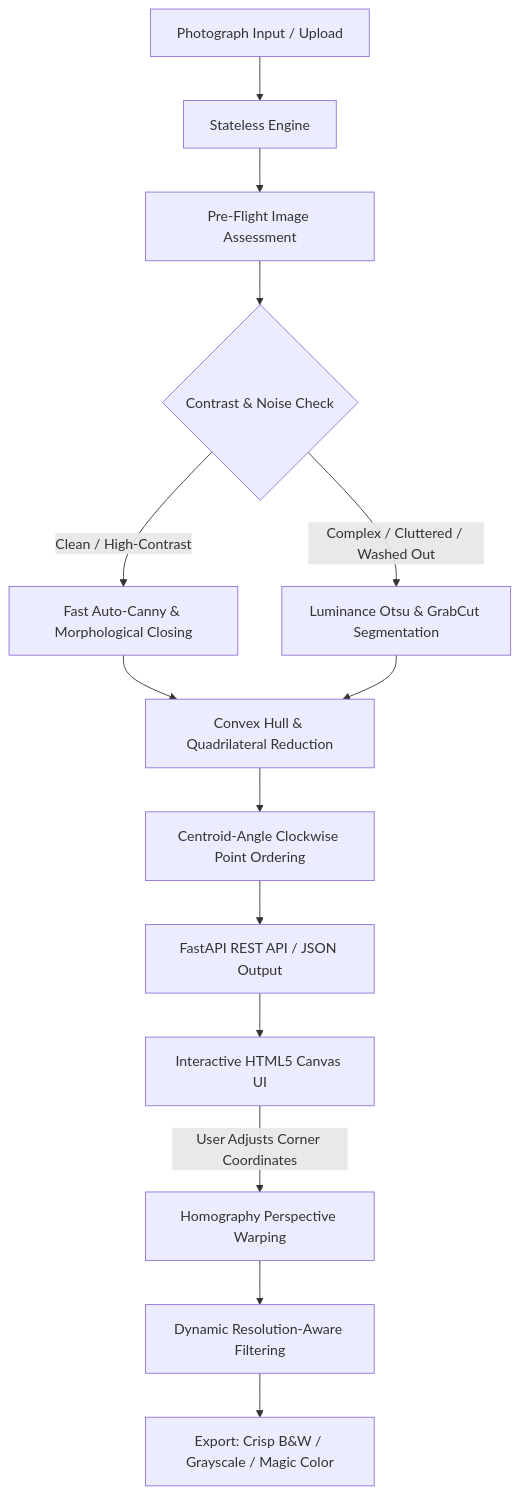
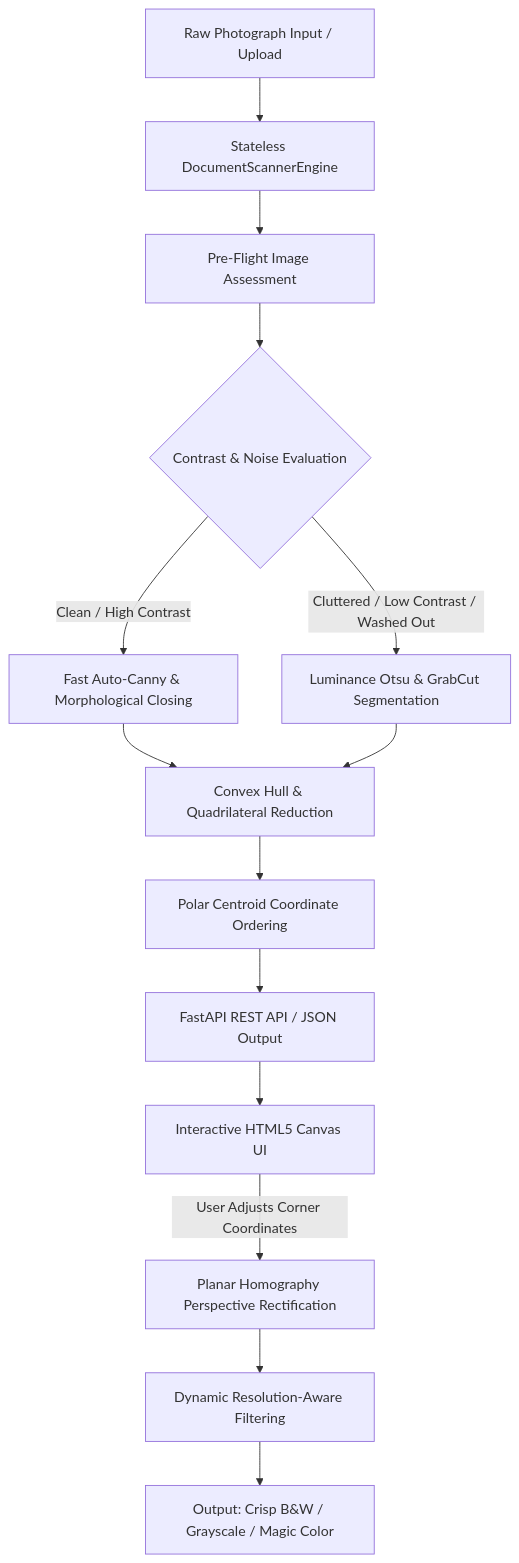
One commit to hamza-jpg/Smart-document-scanner changed the diagram in README.md. Above: the diagram before and after it, drawn with Mermaid. The commit also changed other lines of this file and 2 other files, not shown here.

Commit message:
docs: update author email, remove frontend emojis, and document Gen AI refactoring in README

````diff
--- a/README.md
+++ b/README.md
@@ -16,16 +37,16 @@
 ```mermaid
 graph TD
-    A[Photograph Input / Upload] --> B[Stateless Engine]
+    A[Raw Photograph Input / Upload] --> B[Stateless DocumentScannerEngine]
     B --> C[Pre-Flight Image Assessment]
-    C --> D{Contrast & Noise Check}
-    D -->|Clean / High-Contrast| E[Fast Auto-Canny & Morphological Closing]
-    D -->|Complex / Cluttered / Washed Out| F[Luminance Otsu & GrabCut Segmentation]
+    C --> D{Contrast & Noise Evaluation}
+    D -->|Clean / High Contrast| E[Fast Auto-Canny & Morphological Closing]
+    D -->|Cluttered / Low Contrast / Washed Out| F[Luminance Otsu & GrabCut Segmentation]
     E --> G[Convex Hull & Quadrilateral Reduction]
     F --> G
-    G --> H[Centroid-Angle Clockwise Point Ordering]
+    G --> H[Polar Centroid Coordinate Ordering]
     H --> I[FastAPI REST API / JSON Output]
     I --> J[Interactive HTML5 Canvas UI]
-    J -->|User Adjusts Corner Coordinates| K[Homography Perspective Warping]
+    J -->|User Adjusts Corner Coordinates| K[Planar Homography Perspective Rectification]
     K --> L[Dynamic Resolution-Aware Filtering]
-    L --> M[Export: Crisp B&W / Grayscale / Magic Color]
+    L --> M[Output: Crisp B&W / Grayscale / Magic Color]
 ```
````
